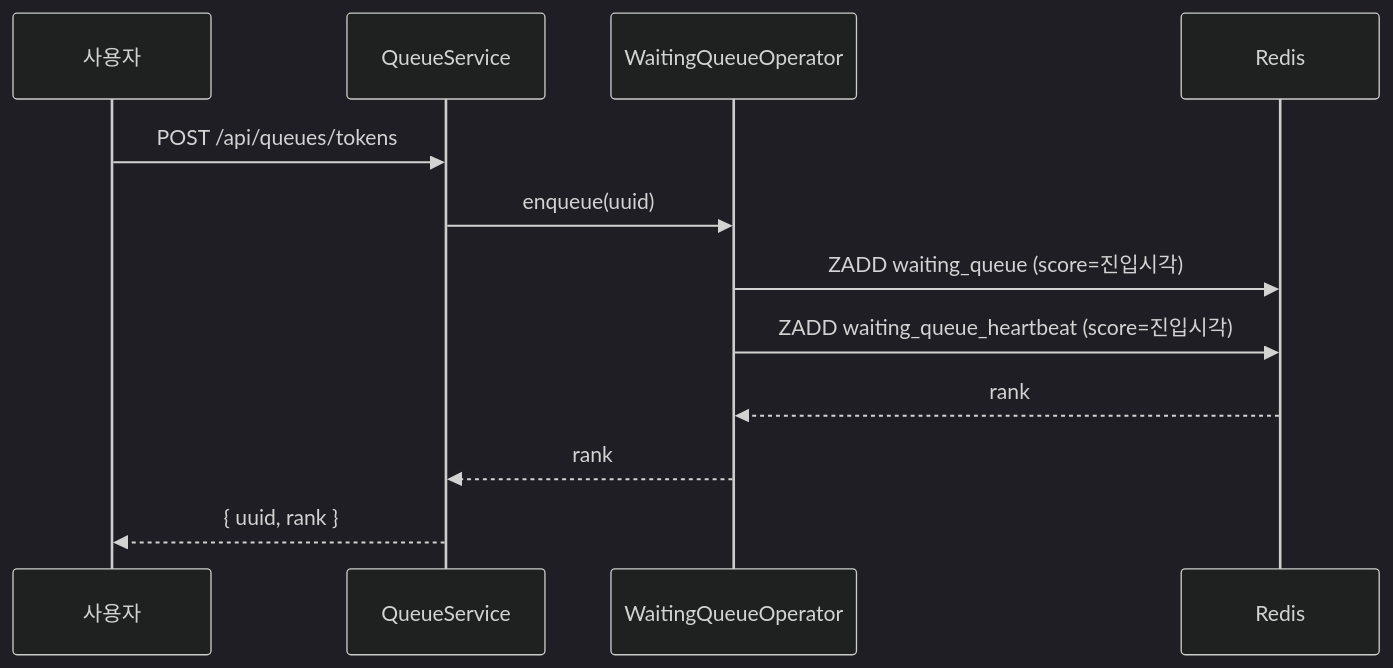
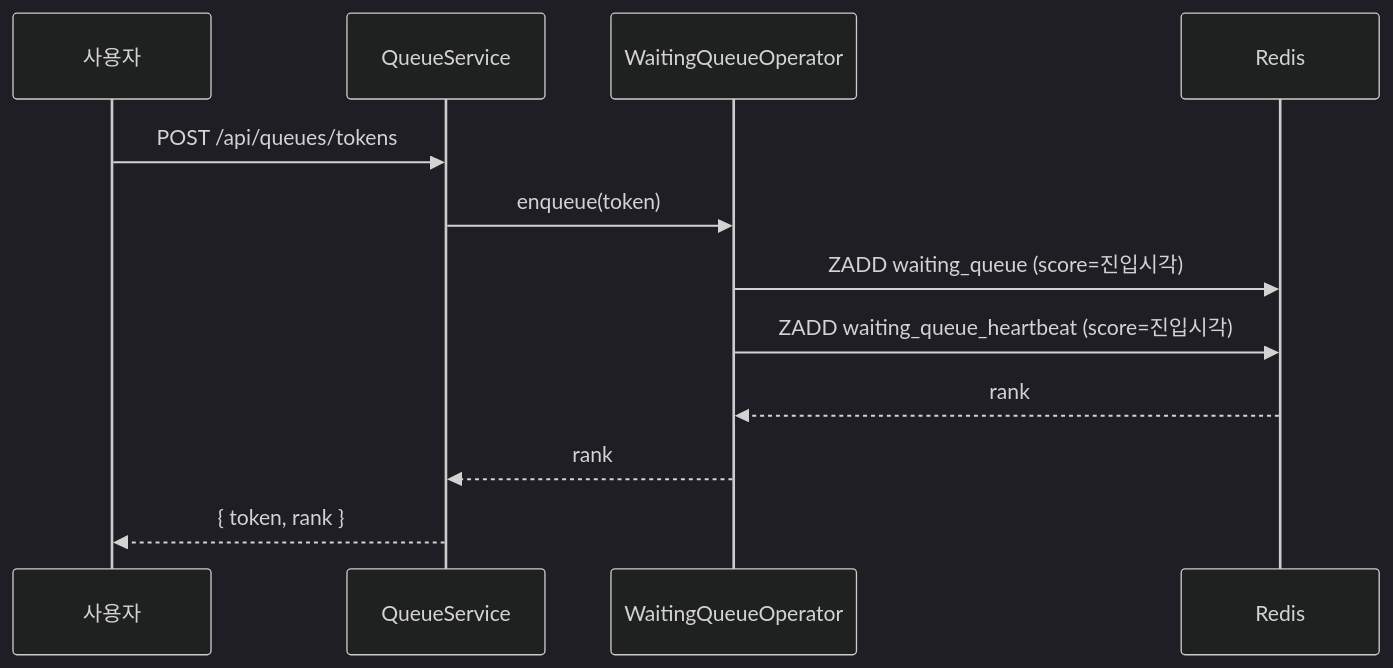
Before and after one commit to irnd04/zticket: the second of 8 diagrams in README.md, drawn with Mermaid (dark theme). The commit also changed other lines of this file and 6 other files, not shown here.

First line of the commit message:
refactor: 전체 코드베이스에서 uuid→token/ticketId 리네이밍

````diff
--- a/README.md
+++ b/README.md
@@ -79,15 +79,15 @@
 ```mermaid
 sequenceDiagram
     participant U as 사용자
     participant Q as QueueService
     participant O as WaitingQueueOperator
     participant R as Redis
 
     U->>Q: POST /api/queues/tokens
-    Q->>O: enqueue(uuid)
+    Q->>O: enqueue(token)
     O->>R: ZADD waiting_queue (score=진입시각)
     O->>R: ZADD waiting_queue_heartbeat (score=진입시각)
     R-->>O: rank
     O-->>Q: rank
-    Q-->>U: { uuid, rank }
+    Q-->>U: { token, rank }
 ```
````
